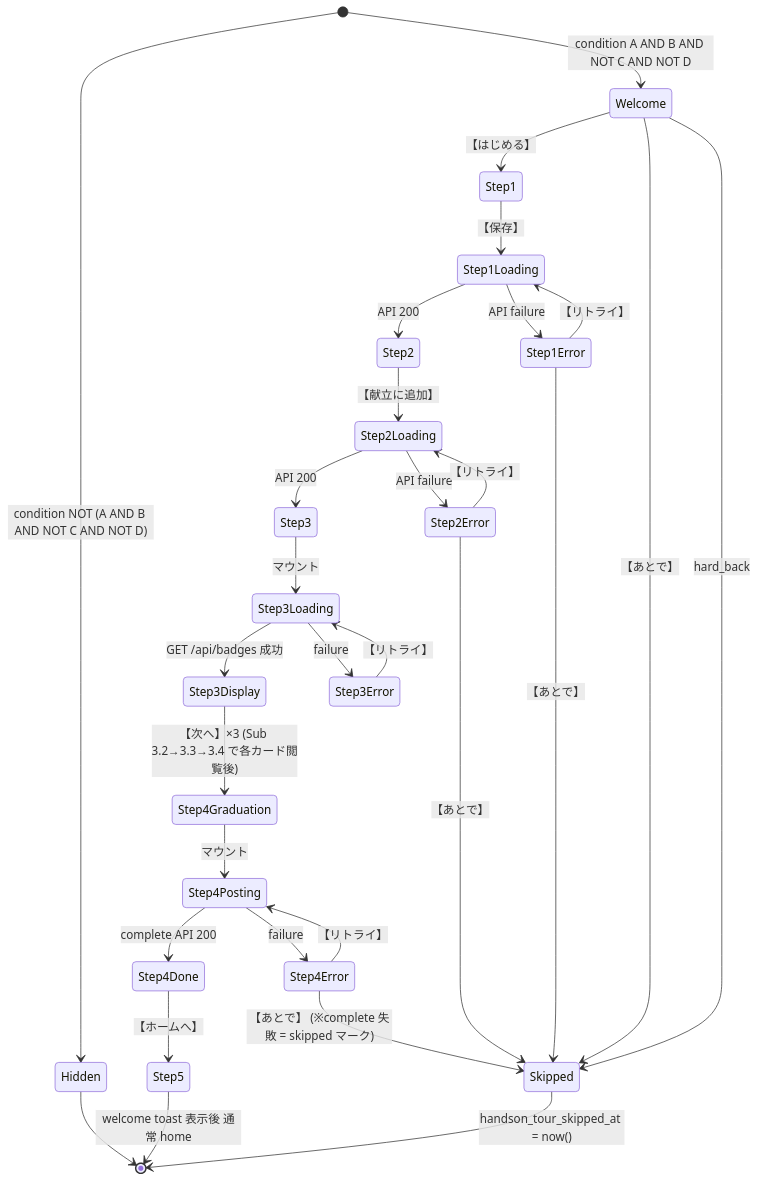
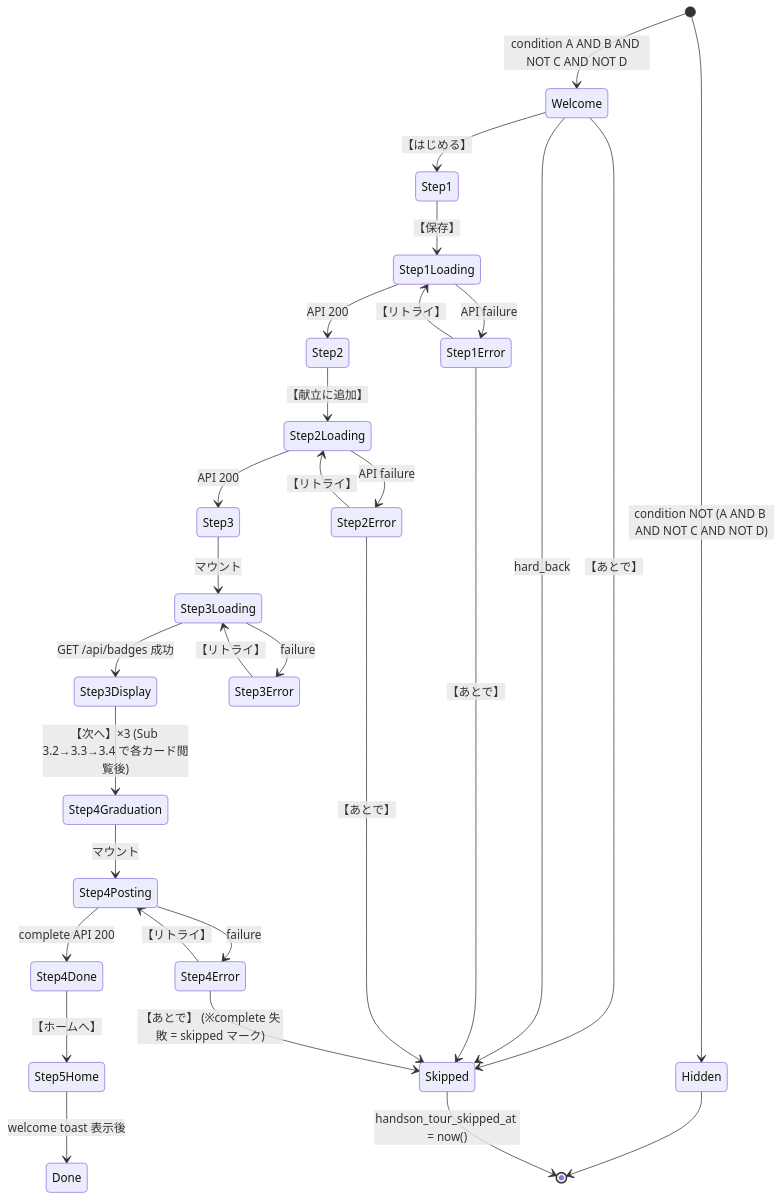
One commit to DaisukeHori/homegohan-app changed the diagram in docs/design/family/09-onboarding-handson-tour/01-trigger-flow.md. Above: the diagram before and after it, drawn with Mermaid. The commit also changed 5 other files, not shown here.

````diff
--- a/docs/design/family/09-onboarding-handson-tour/01-trigger-flow.md
+++ b/docs/design/family/09-onboarding-handson-tour/01-trigger-flow.md
@@ -128,40 +128,40 @@
 ```mermaid
 stateDiagram-v2
   [*] --> Hidden: condition NOT (A AND B AND NOT C AND NOT D)
   [*] --> Welcome: condition A AND B AND NOT C AND NOT D
 
   Welcome --> Step1: 【はじめる】
   Welcome --> Skipped: 【あとで】
   Welcome --> Skipped: hard_back
 
   Step1 --> Step1Loading: 【保存】
   Step1Loading --> Step2: API 200
   Step1Loading --> Step1Error: API failure
   Step1Error --> Step1Loading: 【リトライ】
   Step1Error --> Skipped: 【あとで】
 
   Step2 --> Step2Loading: 【献立に追加】
   Step2Loading --> Step3: API 200
   Step2Loading --> Step2Error: API failure
   Step2Error --> Step2Loading: 【リトライ】
   Step2Error --> Skipped: 【あとで】
 
   Step3 --> Step3Loading: マウント
   Step3Loading --> Step3Display: GET /api/badges 成功
   Step3Loading --> Step3Error: failure
   Step3Display --> Step4Graduation: 【次へ】×3 (Sub 3.2→3.3→3.4 で各カード閲覧後)
   Step3Error --> Step3Loading: 【リトライ】
 
   Step4Graduation --> Step4Posting: マウント
   Step4Posting --> Step4Done: complete API 200
   Step4Posting --> Step4Error: failure
   Step4Error --> Step4Posting: 【リトライ】
   Step4Error --> Skipped: 【あとで】 (※complete 失敗 = skipped マーク)
 
-  Step4Done --> Step5: 【ホームへ】
+  Step4Done --> Step5Home: 【ホームへ】
 
-  Step5 --> [*]: welcome toast 表示後 通常 home
+  Step5Home --> Done: welcome toast 表示後
 
   Hidden --> [*]
   Skipped --> [*]: handson_tour_skipped_at = now()
 ```
````
